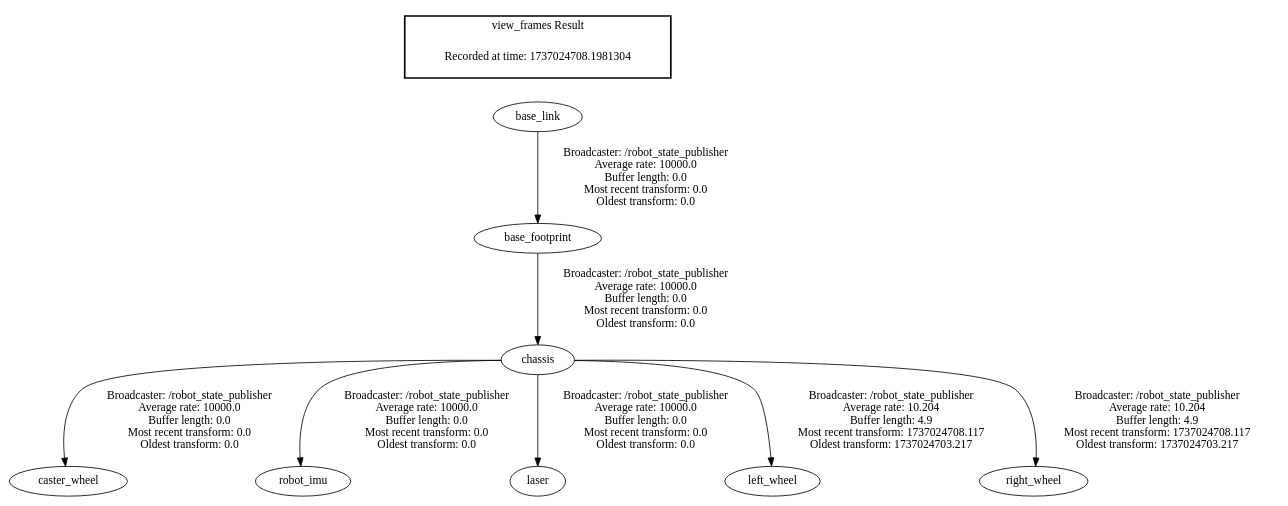
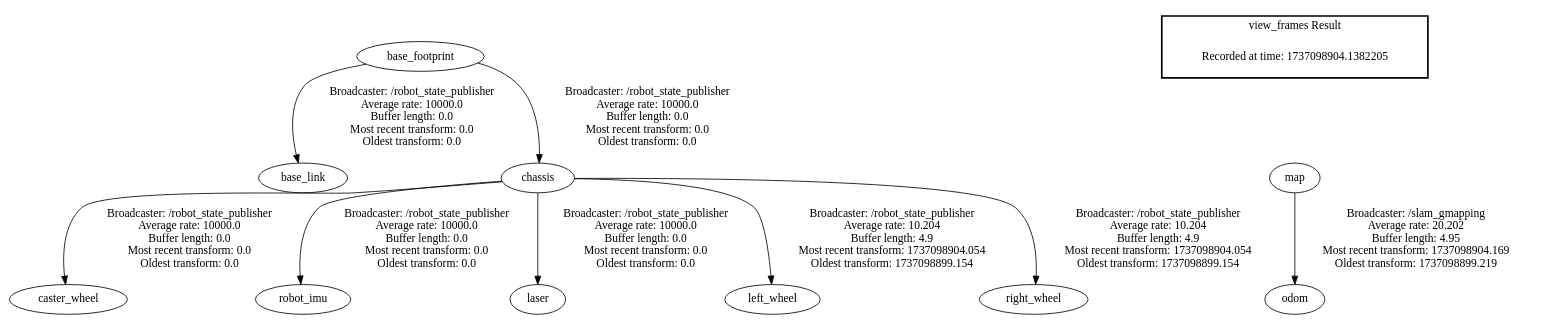
Before and after one commit to mul-cps/ros-rmp: the diagram in src/frames.gv, drawn with Graphviz. The commit also changed 2 other files, not shown here.

```diff
--- a/src/frames.gv
+++ b/src/frames.gv
@@ -1,13 +1,14 @@
 digraph G {
-"base_link" -> "base_footprint"[label=" Broadcaster: /robot_state_publisher\nAverage rate: 10000.0\nBuffer length: 0.0\nMost recent transform: 0.0\nOldest transform: 0.0\n"];
+"base_footprint" -> "base_link"[label=" Broadcaster: /robot_state_publisher\nAverage rate: 10000.0\nBuffer length: 0.0\nMost recent transform: 0.0\nOldest transform: 0.0\n"];
 "chassis" -> "caster_wheel"[label=" Broadcaster: /robot_state_publisher\nAverage rate: 10000.0\nBuffer length: 0.0\nMost recent transform: 0.0\nOldest transform: 0.0\n"];
 "base_footprint" -> "chassis"[label=" Broadcaster: /robot_state_publisher\nAverage rate: 10000.0\nBuffer length: 0.0\nMost recent transform: 0.0\nOldest transform: 0.0\n"];
 "chassis" -> "robot_imu"[label=" Broadcaster: /robot_state_publisher\nAverage rate: 10000.0\nBuffer length: 0.0\nMost recent transform: 0.0\nOldest transform: 0.0\n"];
 "chassis" -> "laser"[label=" Broadcaster: /robot_state_publisher\nAverage rate: 10000.0\nBuffer length: 0.0\nMost recent transform: 0.0\nOldest transform: 0.0\n"];
-"chassis" -> "left_wheel"[label=" Broadcaster: /robot_state_publisher\nAverage rate: 10.204\nBuffer length: 4.9\nMost recent transform: 1737024708.117\nOldest transform: 1737024703.217\n"];
-"chassis" -> "right_wheel"[label=" Broadcaster: /robot_state_publisher\nAverage rate: 10.204\nBuffer length: 4.9\nMost recent transform: 1737024708.117\nOldest transform: 1737024703.217\n"];
+"chassis" -> "left_wheel"[label=" Broadcaster: /robot_state_publisher\nAverage rate: 10.204\nBuffer length: 4.9\nMost recent transform: 1737098904.054\nOldest transform: 1737098899.154\n"];
+"chassis" -> "right_wheel"[label=" Broadcaster: /robot_state_publisher\nAverage rate: 10.204\nBuffer length: 4.9\nMost recent transform: 1737098904.054\nOldest transform: 1737098899.154\n"];
+"map" -> "odom"[label=" Broadcaster: /slam_gmapping\nAverage rate: 20.202\nBuffer length: 4.95\nMost recent transform: 1737098904.169\nOldest transform: 1737098899.219\n"];
 edge [style=invis];
  subgraph cluster_legend { style=bold; color=black; label ="view_frames Result";
-"Recorded at time: 1737024708.1981304"[ shape=plaintext ] ;
-}->"base_link";
+"Recorded at time: 1737098904.1382205"[ shape=plaintext ] ;
+}->"map";
 }
```
